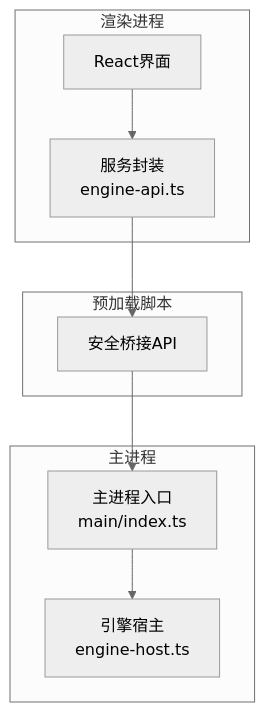
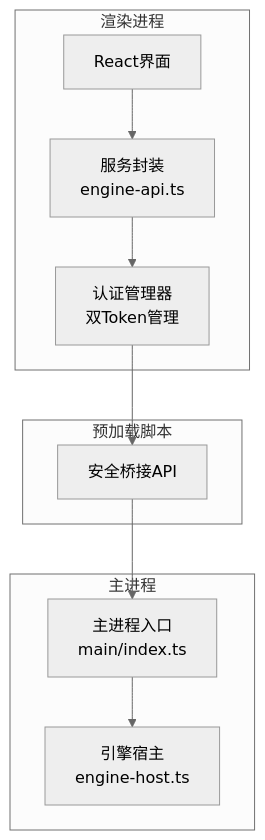
The first of 7 diagrams in .qoder/repowiki/zh/content/前端架构/API集成层.md (kkutysllb/KCoder), drawn with Mermaid (neutral theme) before and after one commit. The commit also changed other lines of this file and 141 other files, not shown here.

````diff
--- a/.qoder/repowiki/zh/content/前端架构/API集成层.md
+++ b/.qoder/repowiki/zh/content/前端架构/API集成层.md
@@ -48,18 +48,20 @@
 ```mermaid
 graph TB
 subgraph "渲染进程"
 UI["React界面"]
 Service["服务封装<br/>engine-api.ts"]
+Auth["认证管理器<br/>双Token管理"]
 end
 subgraph "预加载脚本"
 Bridge["安全桥接API"]
 end
 subgraph "主进程"
 Main["主进程入口<br/>main/index.ts"]
 Host["引擎宿主<br/>engine-host.ts"]
 end
 UI --> Service
-Service --> Bridge
+Service --> Auth
+Auth --> Bridge
 Bridge --> Main
 Main --> Host
 ```
````
